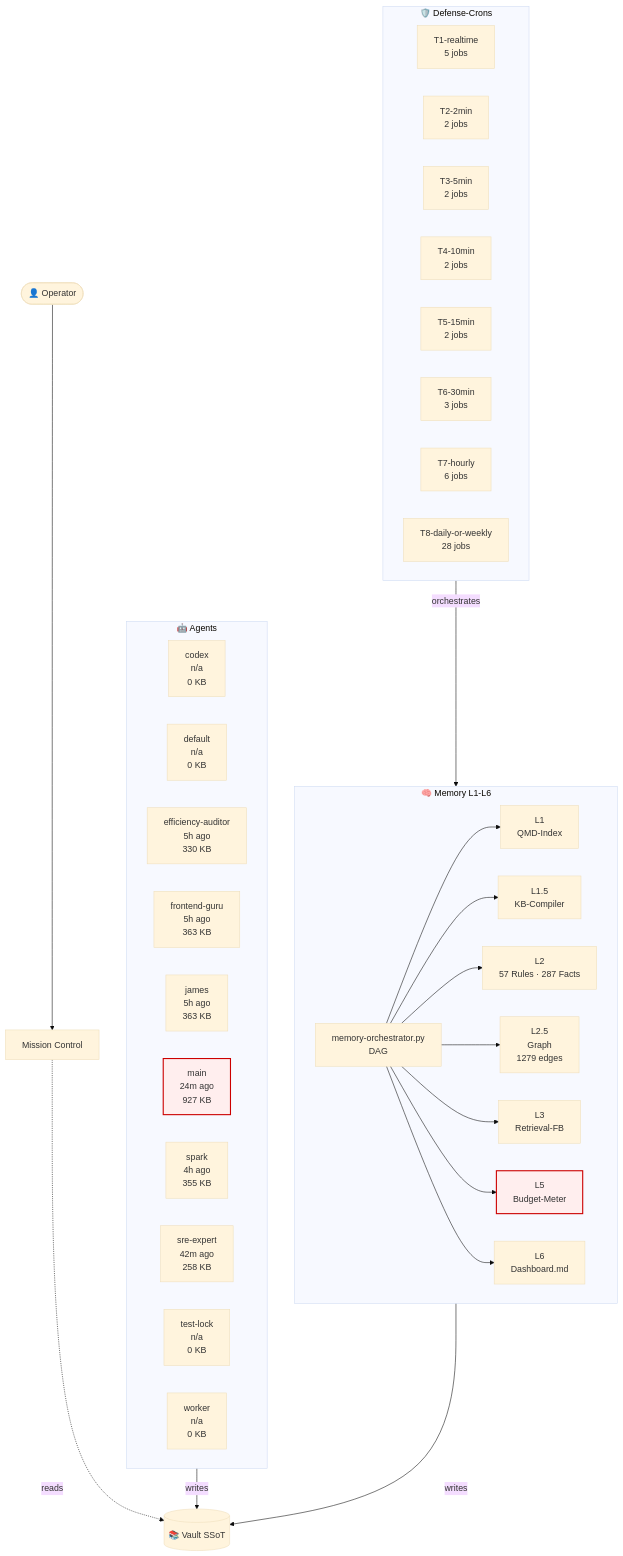
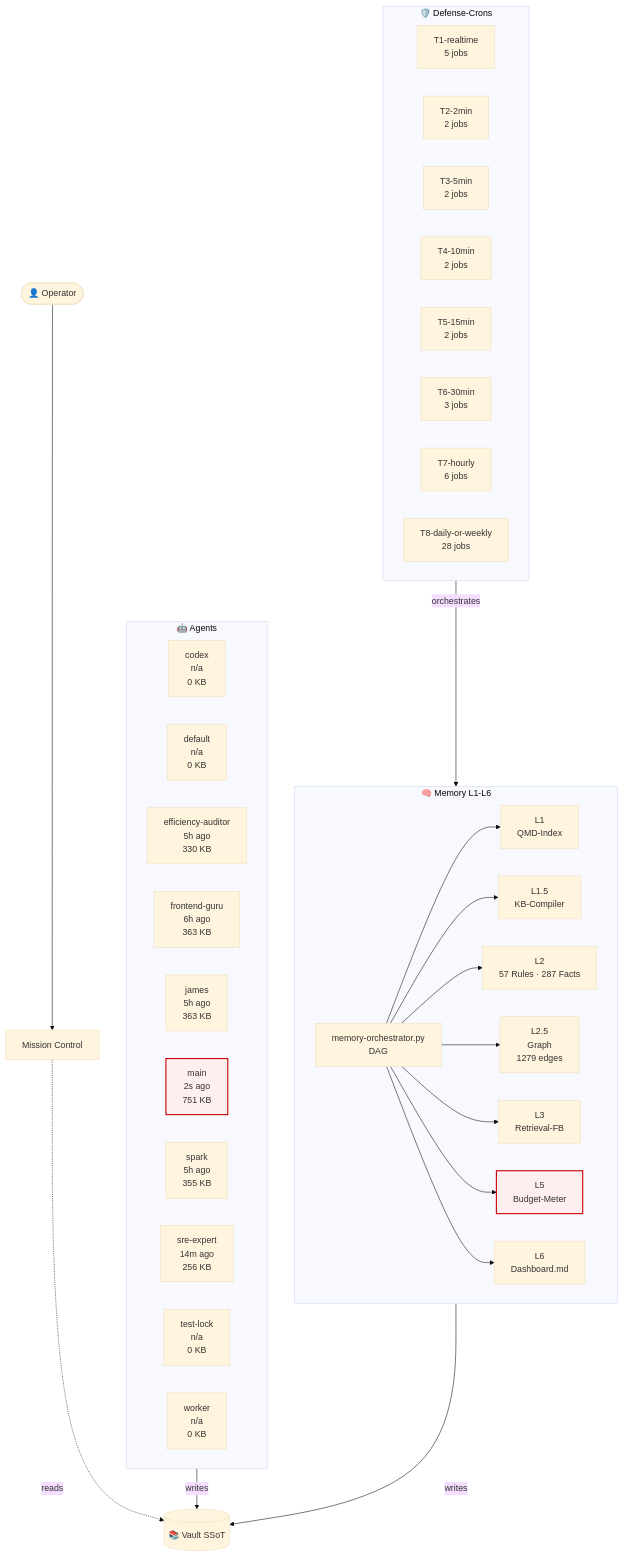
One commit to lenardhuebner88-rgb/openclaw-memory changed the diagram in 03-Agents/architecture-live.md. Above: the diagram before and after it, drawn with Mermaid (base theme). The commit also changed other lines of this file and 13 other files, not shown here.

````diff
--- a/03-Agents/architecture-live.md
+++ b/03-Agents/architecture-live.md
@@ -18,53 +18,53 @@
 ```mermaid
 flowchart TB
     classDef critical fill:#fee,stroke:#c00,stroke-width:2px;
     subgraph AGT["🤖 Agents"]
         agent_codex["codex<br/>n/a<br/>0 KB"]
         agent_default["default<br/>n/a<br/>0 KB"]
         agent_efficiency_auditor["efficiency-auditor<br/>5h ago<br/>330 KB"]
-        agent_frontend_guru["frontend-guru<br/>5h ago<br/>363 KB"]
+        agent_frontend_guru["frontend-guru<br/>6h ago<br/>363 KB"]
         agent_james["james<br/>5h ago<br/>363 KB"]
-        agent_main["main<br/>24m ago<br/>927 KB"]
-        agent_spark["spark<br/>4h ago<br/>355 KB"]
-        agent_sre_expert["sre-expert<br/>42m ago<br/>258 KB"]
+        agent_main["main<br/>2s ago<br/>751 KB"]
+        agent_spark["spark<br/>5h ago<br/>355 KB"]
+        agent_sre_expert["sre-expert<br/>14m ago<br/>256 KB"]
         agent_test_lock["test-lock<br/>n/a<br/>0 KB"]
         agent_worker["worker<br/>n/a<br/>0 KB"]
     end
     subgraph MEM["🧠 Memory L1-L6"]
         L1["L1<br/>QMD-Index"]
         L15["L1.5<br/>KB-Compiler"]
         L2["L2<br/>57 Rules · 287 Facts"]
         L25["L2.5<br/>Graph<br/>1279 edges"]
         L3["L3<br/>Retrieval-FB"]
         L5["L5<br/>Budget-Meter"]
         L6["L6<br/>Dashboard.md"]
         ORCH["memory-orchestrator.py<br/>DAG"]
     end
     subgraph CRN["🛡️ Defense-Crons"]
         tier_T1_realtime["T1-realtime<br/>5 jobs"]
         tier_T2_2min["T2-2min<br/>2 jobs"]
         tier_T3_5min["T3-5min<br/>2 jobs"]
         tier_T4_10min["T4-10min<br/>2 jobs"]
         tier_T5_15min["T5-15min<br/>2 jobs"]
         tier_T6_30min["T6-30min<br/>3 jobs"]
         tier_T7_hourly["T7-hourly<br/>6 jobs"]
         tier_T8_daily_or_weekly["T8-daily-or-weekly<br/>28 jobs"]
     end
     VAULT[("📚 Vault SSoT")]
     OP([👤 Operator])
     MC["Mission Control"]
     OP --> MC
     MC -.reads.-> VAULT
     AGT -->|writes| VAULT
     MEM -->|writes| VAULT
     ORCH --> L1
     ORCH --> L15
     ORCH --> L2
     ORCH --> L25
     ORCH --> L3
     ORCH --> L5
     ORCH --> L6
     CRN -->|orchestrates| MEM
     class L5 critical
     class agent_main critical
 ```
````
